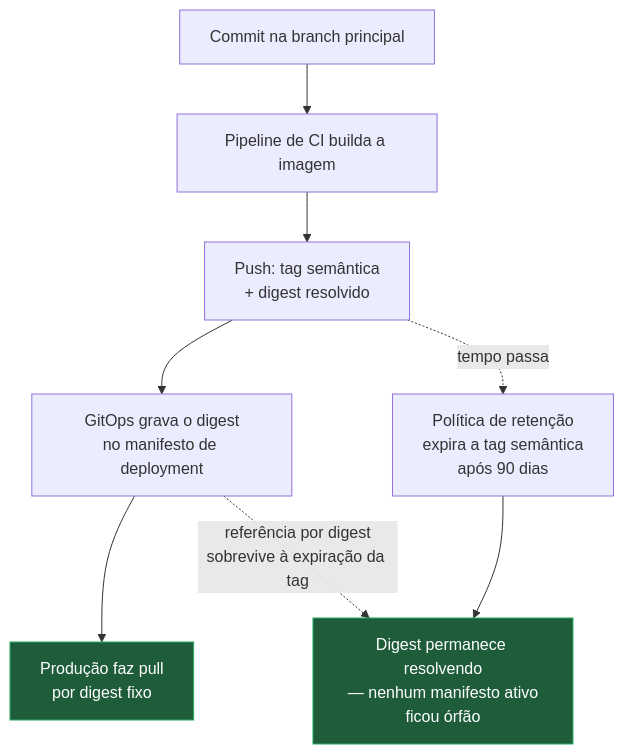
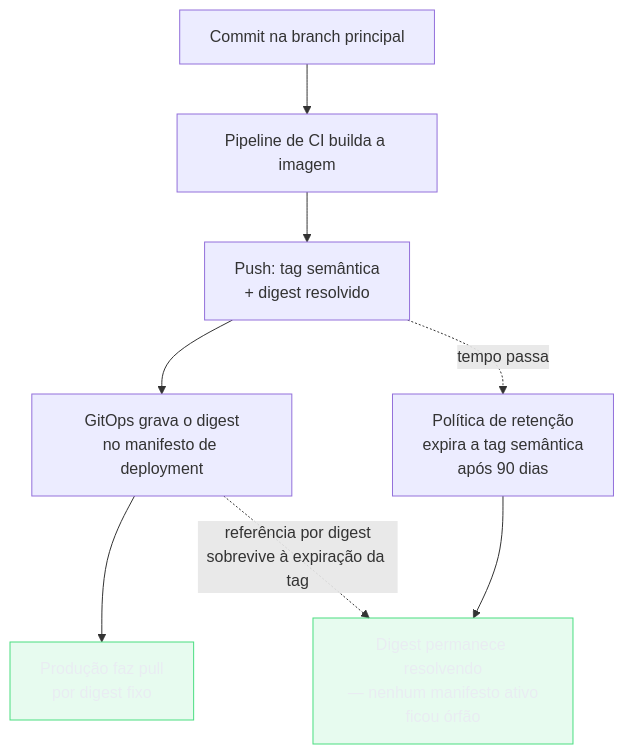
One commit to josenaldo/codex-technomanticus changed the fifth of 6 diagrams in 03-Dominios/Tecnologia/Infraestrutura/Docker/12 - Registry.md. Above: the diagram before and after it, drawn with Mermaid. The commit also changed other lines of this file and 1181 other files, not shown here.

First line of the commit message:
fix(diagramas): paleta do sistema no lugar de cor cravada no markdown

````diff
--- a/03-Dominios/Tecnologia/Infraestrutura/Docker/12 - Registry.md
+++ b/03-Dominios/Tecnologia/Infraestrutura/Docker/12 - Registry.md
@@ -325,18 +327,19 @@
 ```mermaid
 graph TB
+    classDef ok fill:#4ADE8021,stroke:#4ADE80,color:#E9ECF2
     C["Commit na branch principal"]
     B["Pipeline de CI builda a imagem"]
     P["Push: tag semântica\n+ digest resolvido"]
     G["GitOps grava o digest\nno manifesto de deployment"]
     D["Produção faz pull\npor digest fixo"]
     T["Política de retenção\nexpira a tag semântica\napós 90 dias"]
     O["Digest permanece resolvendo\n— nenhum manifesto ativo\nficou órfão"]
 
     C --> B --> P --> G --> D
     P -.->|"tempo passa"| T
     T --> O
     G -.->|"referência por digest\nsobrevive à expiração da tag"| O
 
-    style D fill:#1e5c3a,stroke:#27ae60,color:#fff
-    style O fill:#1e5c3a,stroke:#27ae60,color:#fff
+    class D ok
+    class O ok
 ```
````
